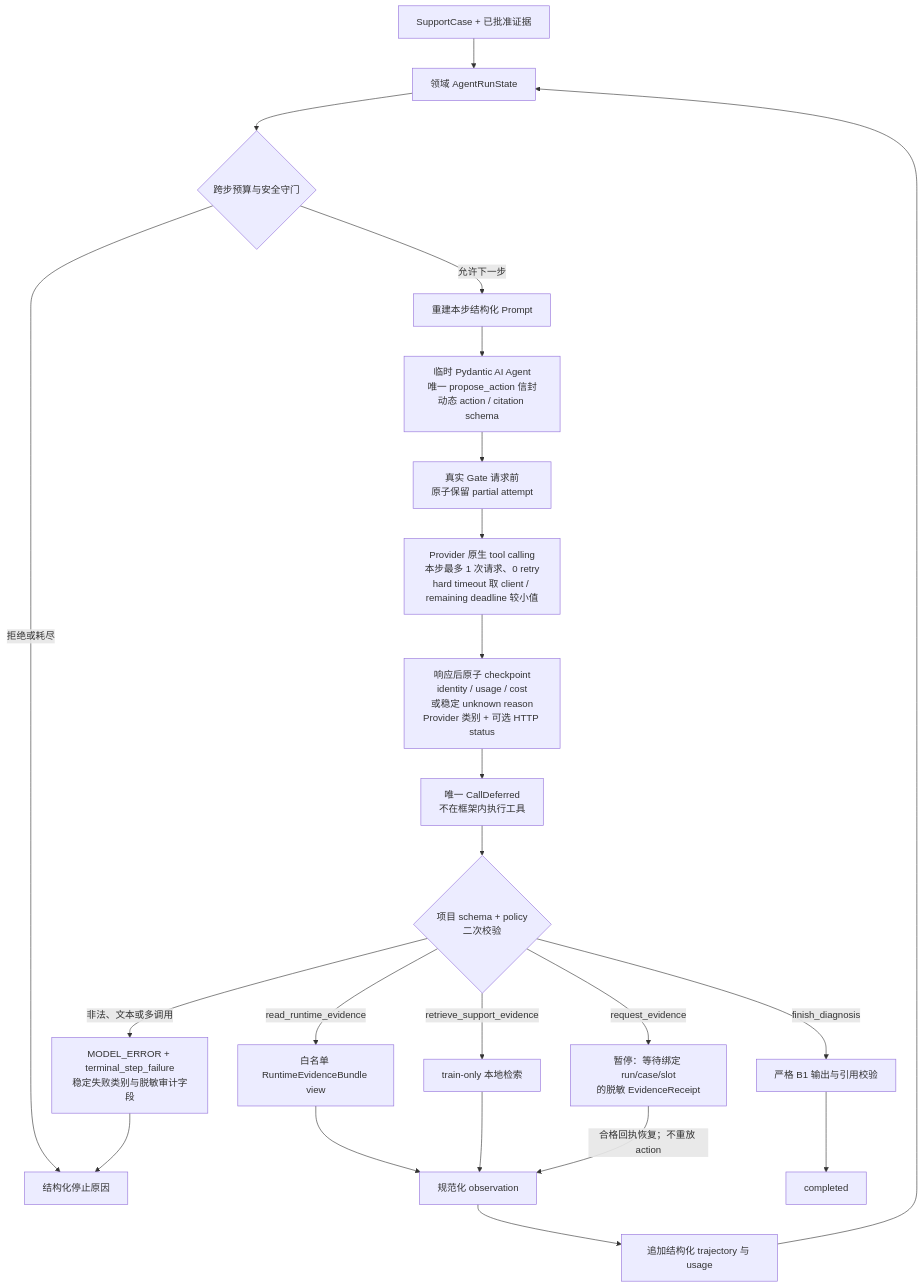
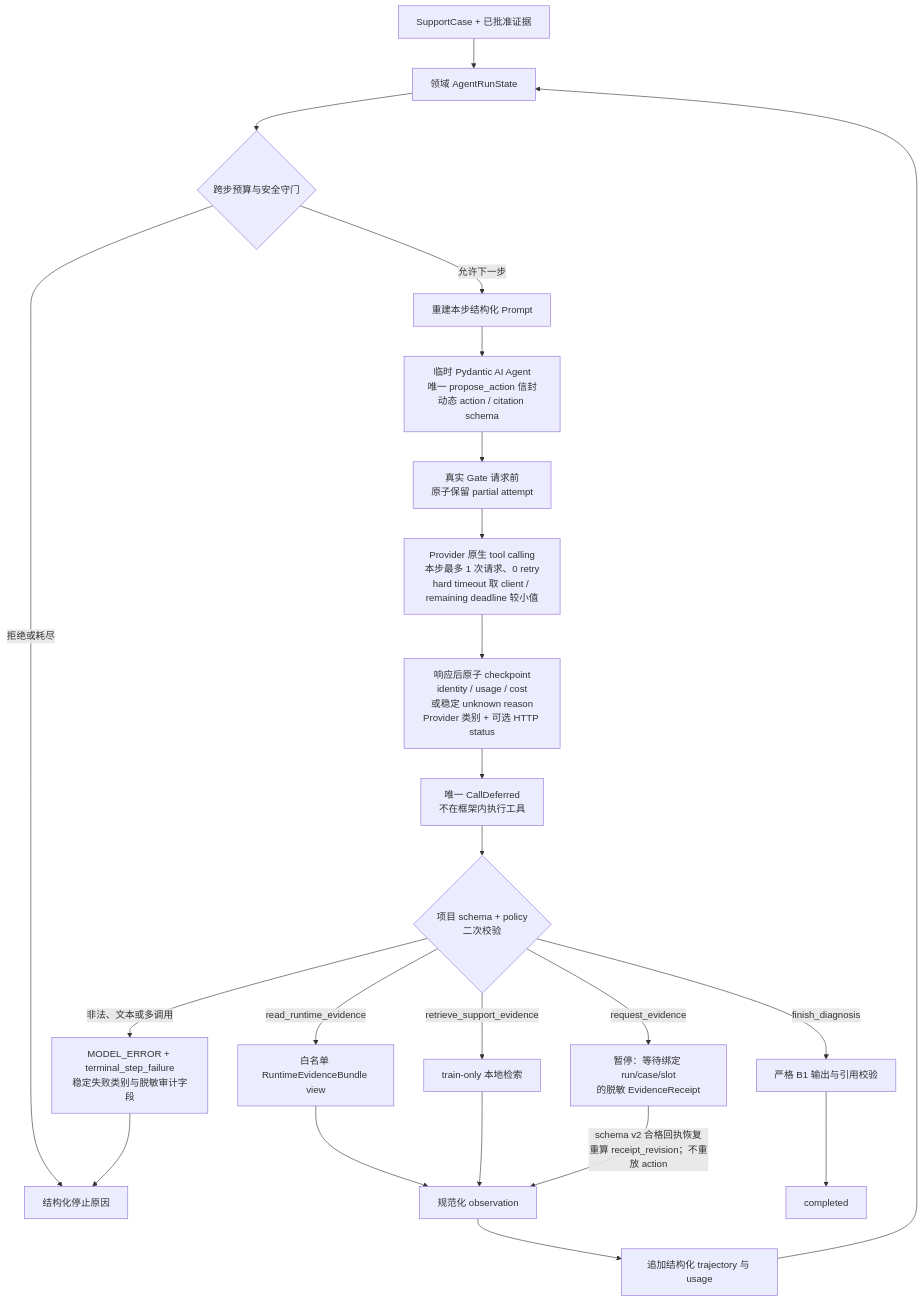
Before and after one commit to Misty02600/nonebot-plugin-triage: the diagram in docs/architecture/flows/bounded-agent-step.md, drawn with Mermaid. The commit also changed other lines of this file and 10 other files, not shown here.

````diff
--- a/docs/architecture/flows/bounded-agent-step.md
+++ b/docs/architecture/flows/bounded-agent-step.md
@@ -6,25 +6,25 @@
 ```mermaid
 flowchart TD
     A["SupportCase + 已批准证据"] --> S["领域 AgentRunState"]
     S --> B{"跨步预算与安全守门"}
     B -->|"拒绝或耗尽"| Z["结构化停止原因"]
     B -->|"允许下一步"| P["重建本步结构化 Prompt"]
     P --> PA["临时 Pydantic AI Agent<br/>唯一 propose_action 信封<br/>动态 action / citation schema"]
     PA --> Q["真实 Gate 请求前<br/>原子保留 partial attempt"]
     Q --> M["Provider 原生 tool calling<br/>本步最多 1 次请求、0 retry<br/>hard timeout 取 client / remaining deadline 较小值"]
     M --> U["响应后原子 checkpoint<br/>identity / usage / cost<br/>或稳定 unknown reason<br/>Provider 类别 + 可选 HTTP status"]
     U --> D["唯一 CallDeferred<br/>不在框架内执行工具"]
     D --> V{"项目 schema + policy<br/>二次校验"}
     V -->|"非法、文本或多调用"| TF["MODEL_ERROR + terminal_step_failure<br/>稳定失败类别与脱敏审计字段"]
     TF --> Z
     V -->|"read_runtime_evidence"| R["白名单 RuntimeEvidenceBundle view"]
     V -->|"retrieve_support_evidence"| K["train-only 本地检索"]
     V -->|"request_evidence"| H["暂停：等待绑定 run/case/slot<br/>的脱敏 EvidenceReceipt"]
     V -->|"finish_diagnosis"| F["严格 B1 输出与引用校验"]
     R --> O["规范化 observation"]
     K --> O
     O --> T["追加结构化 trajectory 与 usage"]
     T --> S
-    H -->|"合格回执恢复；不重放 action"| O
+    H -->|"schema v2 合格回执恢复<br/>重算 receipt_revision；不重放 action"| O
     F --> C["completed"]
 ```
````
